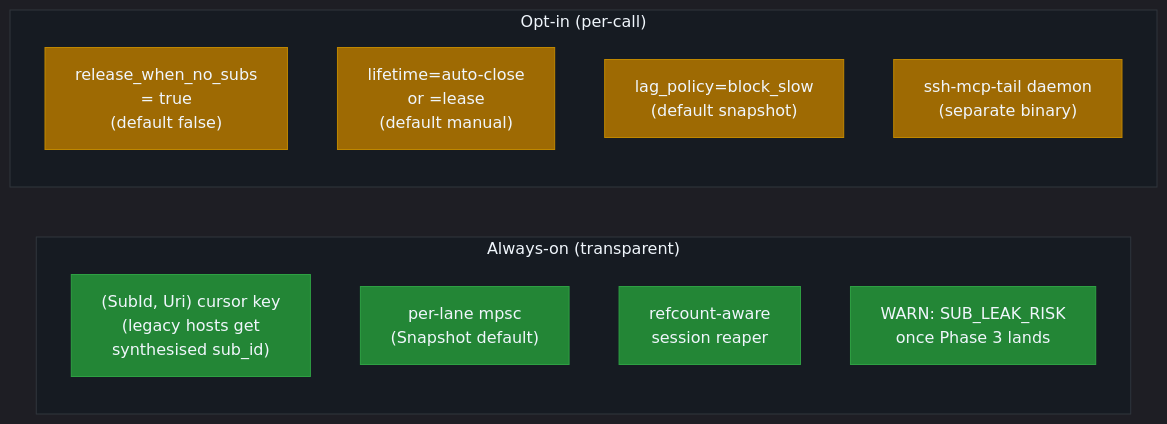
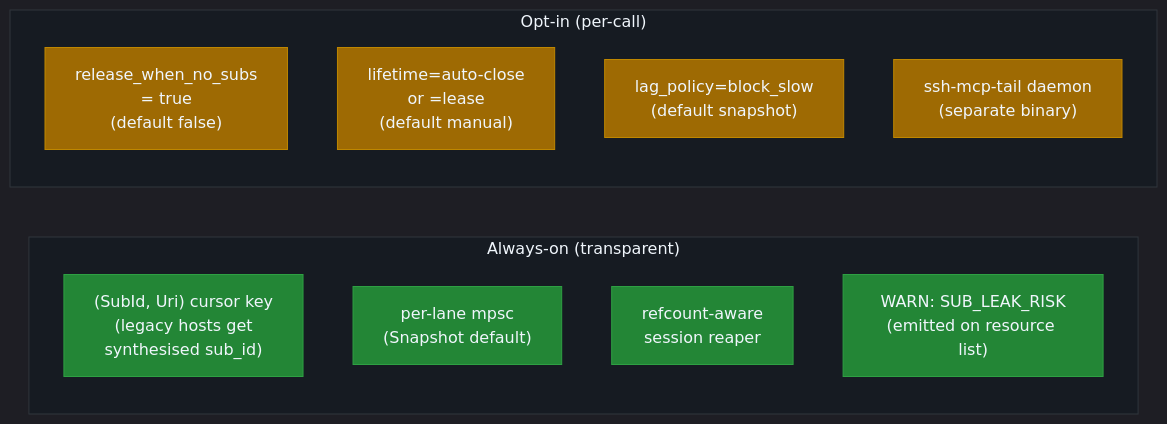
The second of 2 diagrams in docs/MIGRATION.md (farchanjo/ssh-mcp), drawn with Mermaid before and after one commit. The commit also changed other lines of this file and 5 other files, not shown here.

````diff
--- a/docs/MIGRATION.md
+++ b/docs/MIGRATION.md
@@ -648,22 +655,22 @@
 ```mermaid
 %%{init: {'theme':'dark','themeVariables':{'primaryColor':'#1f6feb','primaryTextColor':'#f0f6fc','primaryBorderColor':'#388bfd','lineColor':'#8b949e','secondaryColor':'#161b22','tertiaryColor':'#21262d','background':'#0d1117','mainBkg':'#161b22','secondBkg':'#21262d','tertiaryBkg':'#0d1117','nodeTextColor':'#f0f6fc','edgeLabelBackground':'#21262d','clusterBkg':'#161b22','clusterBorder':'#30363d','titleColor':'#f0f6fc'}}}%%
 flowchart LR
     subgraph On["Always-on (transparent)"]
         T1["(SubId, Uri) cursor key<br/>(legacy hosts get<br/>synthesised sub_id)"]
         T2["per-lane mpsc<br/>(Snapshot default)"]
         T3["refcount-aware<br/>session reaper"]
-        T4["WARN: SUB_LEAK_RISK<br/>once Phase 3 lands"]
+        T4["WARN: SUB_LEAK_RISK<br/>(emitted on resource list)"]
     end
 
     subgraph Opt["Opt-in (per-call)"]
         O1["release_when_no_subs<br/>= true<br/>(default false)"]
         O2["lifetime=auto-close<br/>or =lease<br/>(default manual)"]
         O3["lag_policy=block_slow<br/>(default snapshot)"]
         O4["ssh-mcp-tail daemon<br/>(separate binary)"]
     end
 
     classDef on fill:#238636,color:#f0f6fc,stroke:#2ea043
     classDef opt fill:#9e6a03,color:#f0f6fc,stroke:#bf8700
     class T1,T2,T3,T4 on
     class O1,O2,O3,O4 opt
 ```
````
